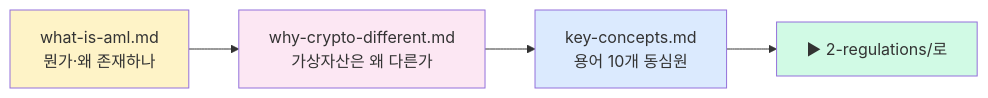
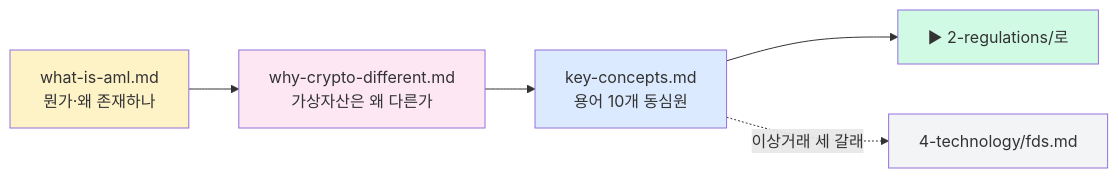
The diagram in notes/1-foundations/README.md (lala-david/aml-notes), drawn with Mermaid before and after one commit. The commit also changed other lines of this file and 233 other files, not shown here.

````diff
--- a/notes/1-foundations/README.md
+++ b/notes/1-foundations/README.md
@@ -13,11 +13,13 @@
 ```mermaid
 flowchart LR
     A[what-is-aml.md<br/>뭔가·왜 존재하나] --> B[why-crypto-different.md<br/>가상자산은 왜 다른가]
     B --> C[key-concepts.md<br/>용어 10개 동심원]
     C --> Next[▶ 2-regulations/로]
+    C -."이상거래 세 갈래".-> FDS[4-technology/fds.md]
 
     style A fill:#fef3c7
     style B fill:#fce7f3
     style C fill:#dbeafe
     style Next fill:#d1fae5
+    style FDS fill:#f3f4f6
 ```
````
